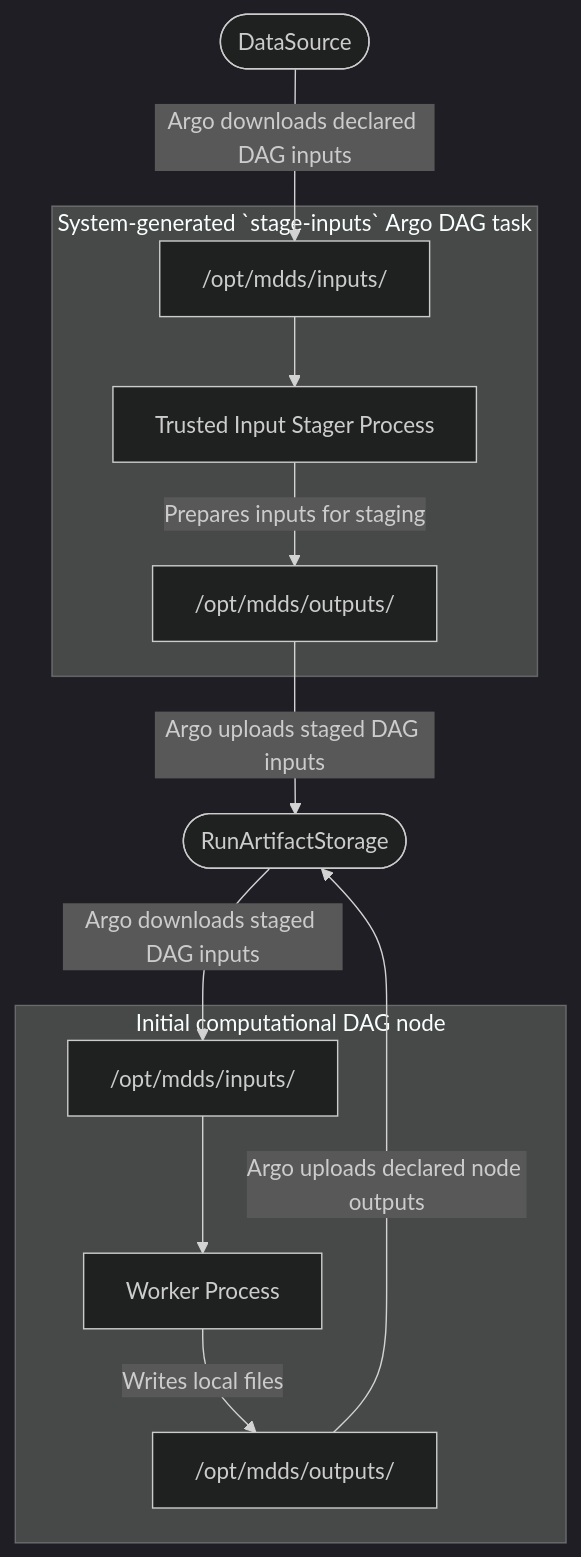
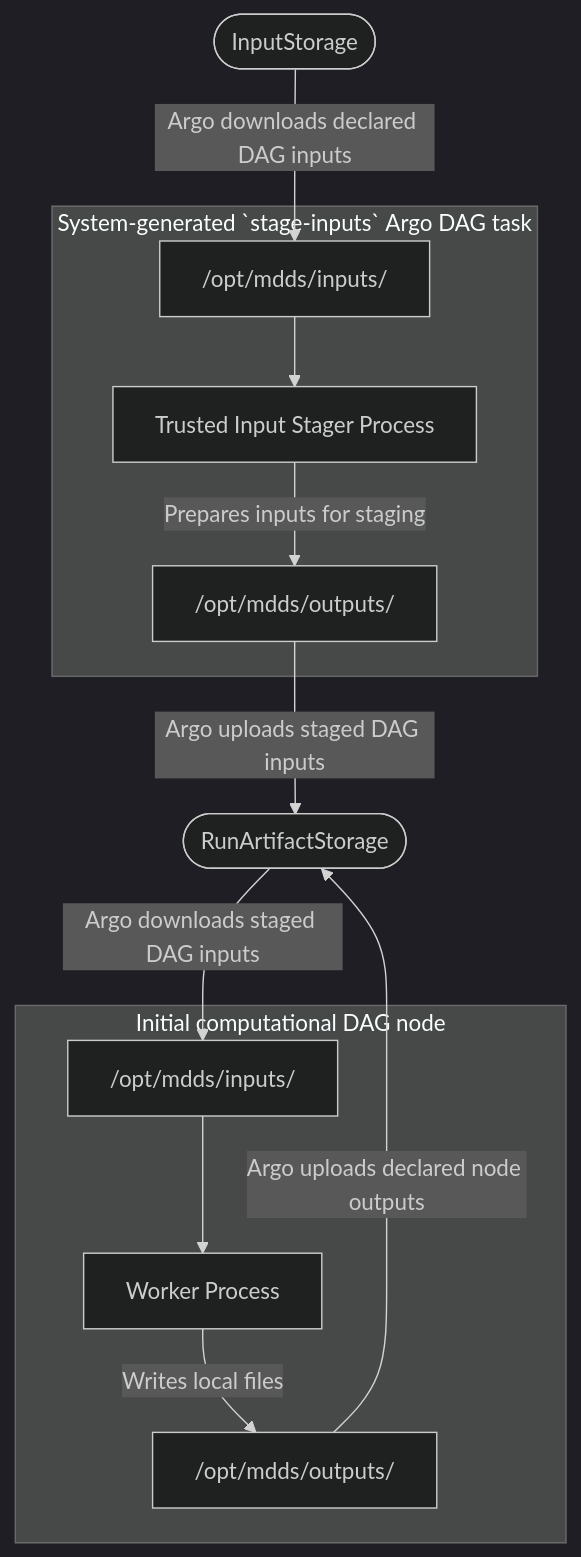
Before and after one commit to oleksiy-sayankin/mdds: the third of 7 diagrams in mdds-docs/ARCHITECTURE.md, drawn with Mermaid (dark theme). The commit also changed other lines of this file, not shown here.

````diff
--- a/mdds-docs/ARCHITECTURE.md
+++ b/mdds-docs/ARCHITECTURE.md
@@ -864,28 +984,28 @@
 ```mermaid
 flowchart TD
-    DATA_SOURCE(["DataSource"])
+    INPUT_STORAGE(["InputStorage"])
     RUN_STORAGE(["RunArtifactStorage"])
 
     subgraph STAGE_INPUTS["System-generated `stage-inputs` Argo DAG task"]
         STAGER_INPUTS["/opt/mdds/inputs/"]
         STAGER["Trusted Input Stager Process"]
         STAGER_OUTPUTS["/opt/mdds/outputs/"]
 
         STAGER_INPUTS --> STAGER
         STAGER -->|"Prepares inputs for staging"| STAGER_OUTPUTS
     end
 
     subgraph INITIAL_NODE["Initial computational DAG node"]
         INPUTS["/opt/mdds/inputs/"]
         WORKER["Worker Process"]
         OUTPUTS["/opt/mdds/outputs/"]
 
         INPUTS --> WORKER
         WORKER -->|"Writes local files"| OUTPUTS
     end
 
-    DATA_SOURCE -->|"Argo downloads declared DAG inputs"| STAGER_INPUTS
+    INPUT_STORAGE -->|"Argo downloads declared DAG inputs"| STAGER_INPUTS
     STAGER_OUTPUTS -->|"Argo uploads staged DAG inputs"| RUN_STORAGE
     RUN_STORAGE -->|"Argo downloads staged DAG inputs"| INPUTS
     OUTPUTS -->|"Argo uploads declared node outputs"| RUN_STORAGE
 ```
````
